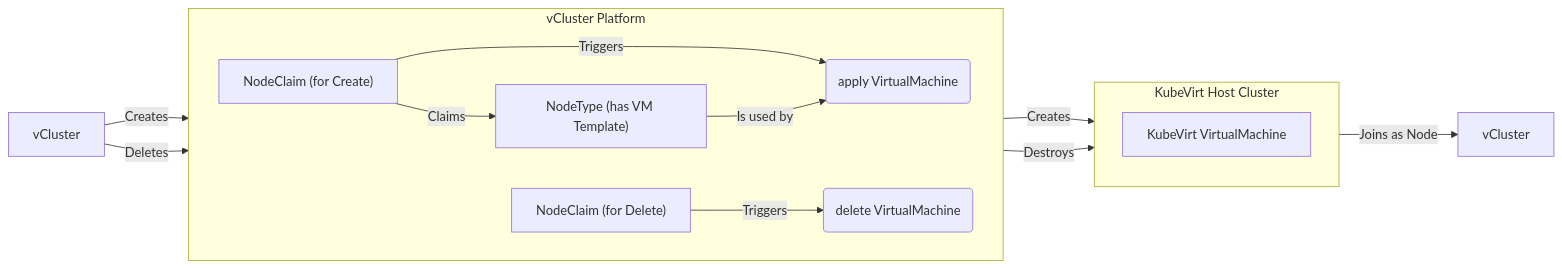
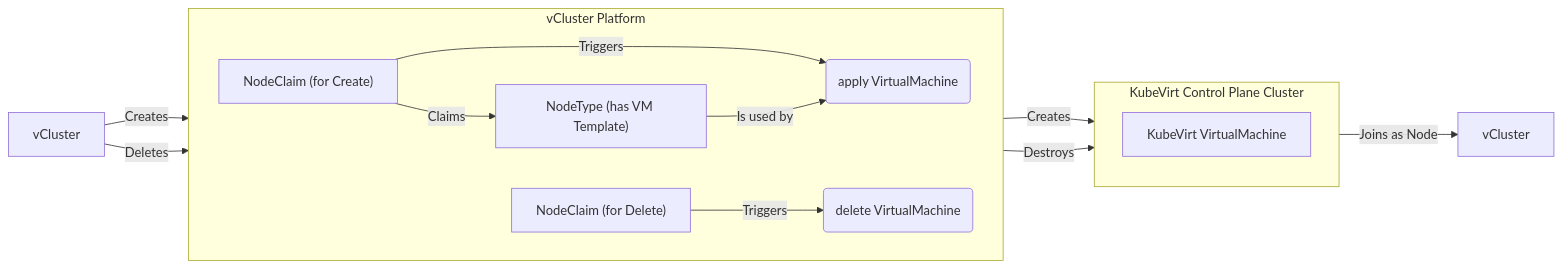
The diagram in platform/administer/node-providers/kubevirt.mdx (loft-sh/vcluster-docs), drawn with Mermaid before and after one commit. The commit also changed other lines of this file and 3 other files, not shown here.

````diff
--- a/platform/administer/node-providers/kubevirt.mdx
+++ b/platform/administer/node-providers/kubevirt.mdx
@@ -23,29 +23,28 @@
 ```mermaid
 flowchart LR
     subgraph platform["vCluster Platform"]
         direction LR
         NodeClaimCreate["NodeClaim (for Create)"]
         NodeClaimDelete["NodeClaim (for Delete)"]
         NodeType["NodeType (has VM Template)"]
         Provision("apply VirtualMachine")
         Destroy("delete VirtualMachine")
     end
 
-    subgraph host_cluster["KubeVirt Host Cluster"]
+    subgraph host_cluster["KubeVirt Control Plane Cluster"]
         direction TB
-        KubeVirtVM["KubeVirt VirtualMachine"]
         KubeVirtVM["KubeVirt VirtualMachine"]
     end
 
     vCluster -- "Creates" --> NodeClaimCreate
     NodeClaimCreate -- "Claims" --> NodeType
     NodeClaimCreate -- "Triggers" --> Provision
 
     NodeType -- "Is used by" --> Provision
     Provision -- "Creates" --> KubeVirtVM
     KubeVirtVM -- "Joins as Node" --> Node["vCluster"]
 
     vCluster -- "Deletes" --> NodeClaimDelete
     NodeClaimDelete -- "Triggers" --> Destroy
     Destroy -- "Destroys" --> KubeVirtVM
 ```
````
